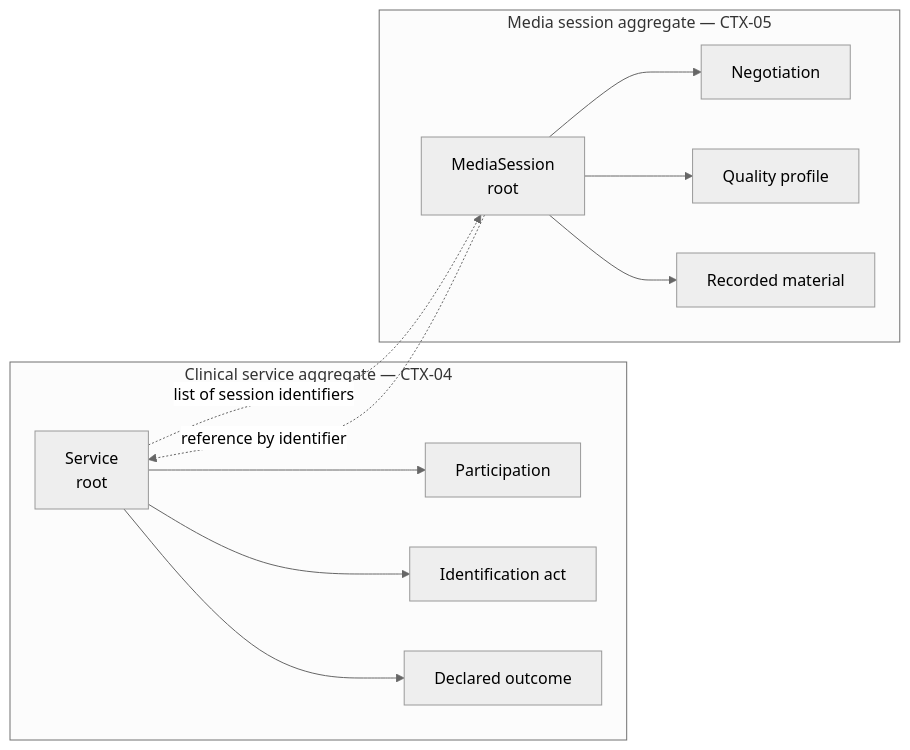
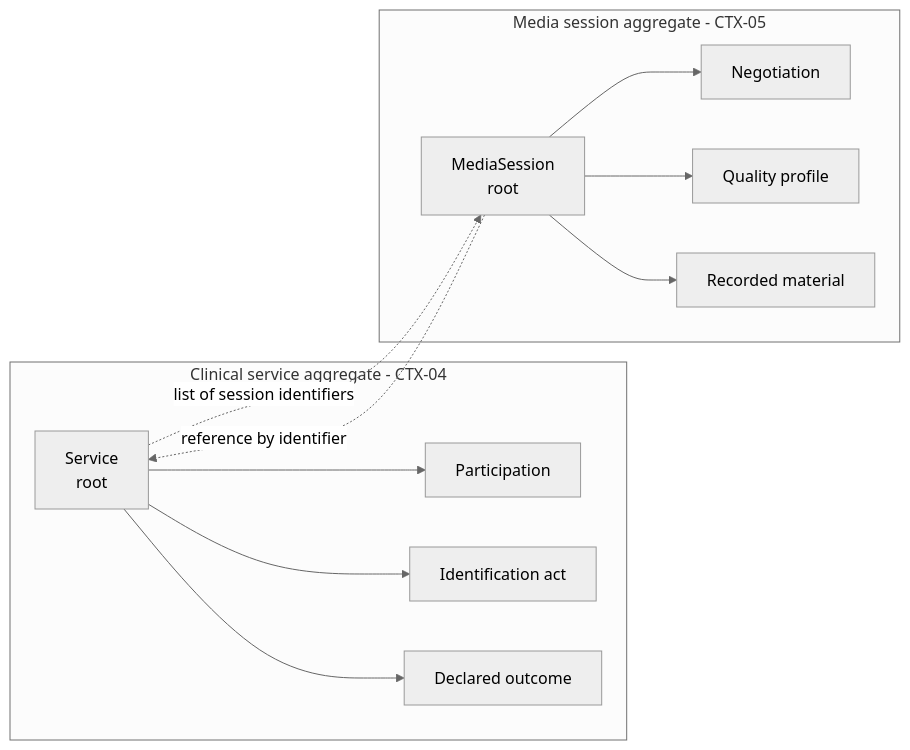
Before and after one commit to fedcal/Telemedic: the third of 8 diagrams in website/i18n/en/docusaurus-plugin-content-docs/current/10_fondamenti/16-architettura-del-progetto.md, drawn with Mermaid (neutral theme). The commit also changed other lines of this file and 301 other files, not shown here.

````diff
--- a/website/i18n/en/docusaurus-plugin-content-docs/current/10_fondamenti/16-architettura-del-progetto.md
+++ b/website/i18n/en/docusaurus-plugin-content-docs/current/10_fondamenti/16-architettura-del-progetto.md
@@ -1013,25 +1013,25 @@
 ```mermaid
 flowchart LR
-    subgraph A["Clinical service aggregate — CTX-04"]
+    subgraph A["Clinical service aggregate - CTX-04"]
         P["Service<br/>root"]
         PA["Participation"]
         PI["Identification act"]
         PE["Declared outcome"]
         P --> PA
         P --> PI
         P --> PE
     end
 
-    subgraph B["Media session aggregate — CTX-05"]
+    subgraph B["Media session aggregate - CTX-05"]
         S["MediaSession<br/>root"]
         SN["Negotiation"]
         SQ["Quality profile"]
         SR["Recorded material"]
         S --> SN
         S --> SQ
         S --> SR
     end
 
     S -. "reference by identifier" .-> P
     P -. "list of session identifiers" .-> S
 ```
````
